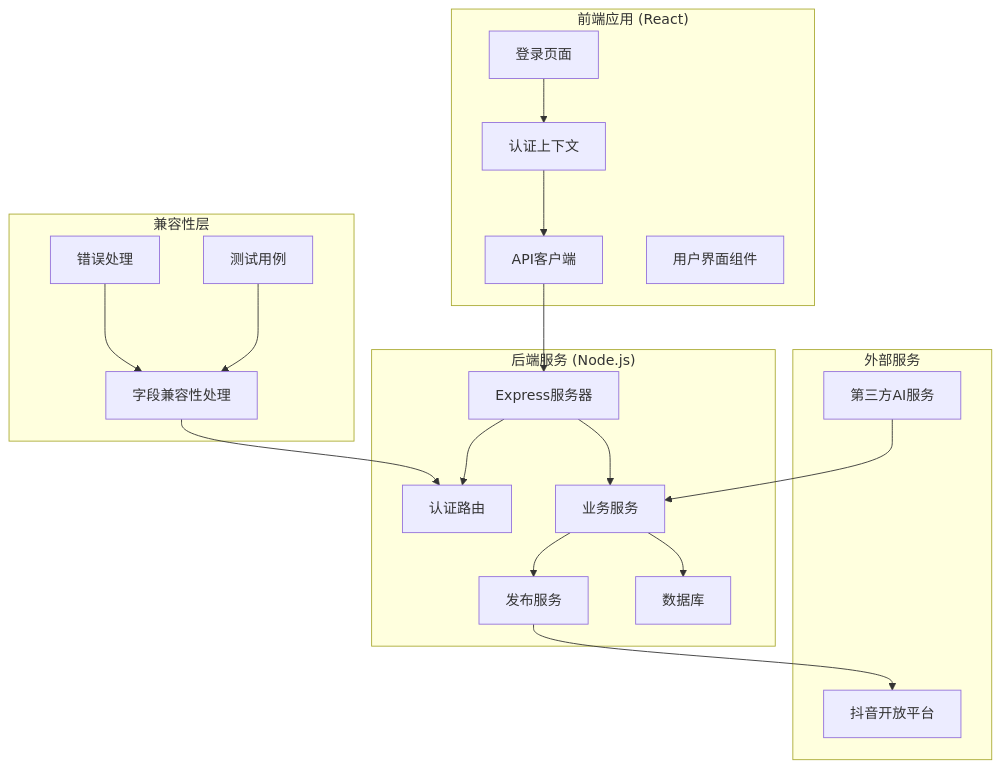
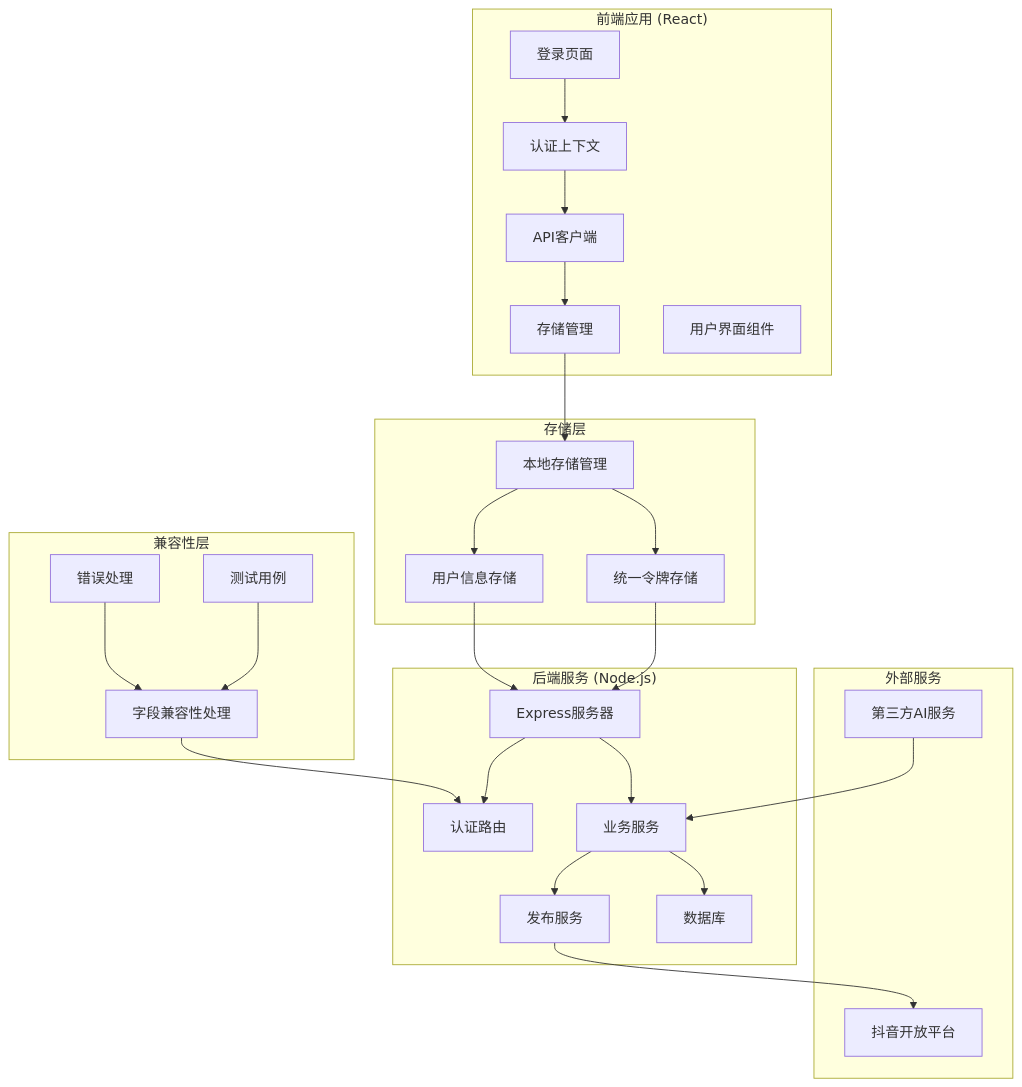
Before and after one commit to songdiyang/clawOperations: the fourth of 15 diagrams in .qoder/repowiki/zh/content/核心模块详解/认证模块/抖音OAuth集成.md, drawn with Mermaid. The commit also changed other lines of this file and 8 other files, not shown here.

````diff
--- a/.qoder/repowiki/zh/content/核心模块详解/认证模块/抖音OAuth集成.md
+++ b/.qoder/repowiki/zh/content/核心模块详解/认证模块/抖音OAuth集成.md
@@ -222,37 +240,48 @@
 ```mermaid
 graph TB
 subgraph "前端应用 (React)"
 A[登录页面]
 B[认证上下文]
 C[API客户端]
-D[用户界面组件]
+D[存储管理]
+E[用户界面组件]
 end
 subgraph "后端服务 (Node.js)"
-E[Express服务器]
-F[认证路由]
-G[业务服务]
-H[发布服务]
-I[数据库]
+F[Express服务器]
+G[认证路由]
+H[业务服务]
+I[发布服务]
+J[数据库]
 end
 subgraph "外部服务"
-J[抖音开放平台]
-K[第三方AI服务]
+K[抖音开放平台]
+L[第三方AI服务]
 end
 subgraph "兼容性层"
-L[字段兼容性处理]
-M[测试用例]
-N[错误处理]
+M[字段兼容性处理]
+N[测试用例]
+O[错误处理]
+end
+subgraph "存储层"
+P[统一令牌存储]
+Q[用户信息存储]
+R[本地存储管理]
 end
 A --> B
 B --> C
-C --> E
-E --> F
-E --> G
-G --> H
+C --> D
+D --> R
+R --> P
+R --> Q
+P --> F
+Q --> F
+F --> G
+F --> H
+H --> I
+I --> K
 H --> J
-G --> I
-K --> G
-L --> F
-M --> L
-N --> L
+L --> H
+M --> G
+N --> M
+O --> M
 ```
````
